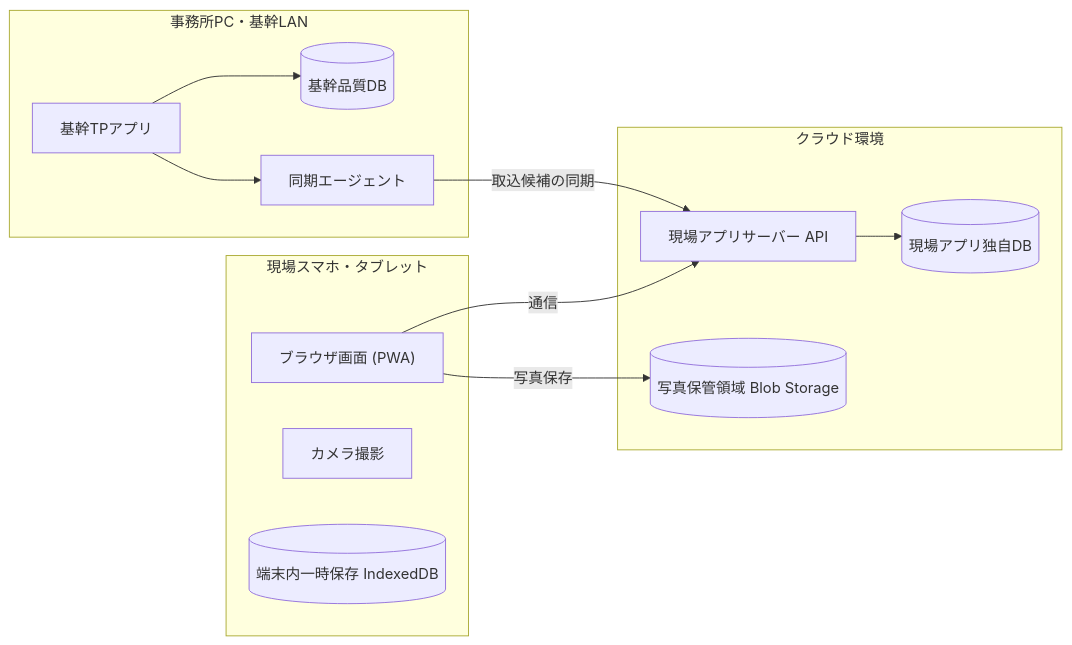
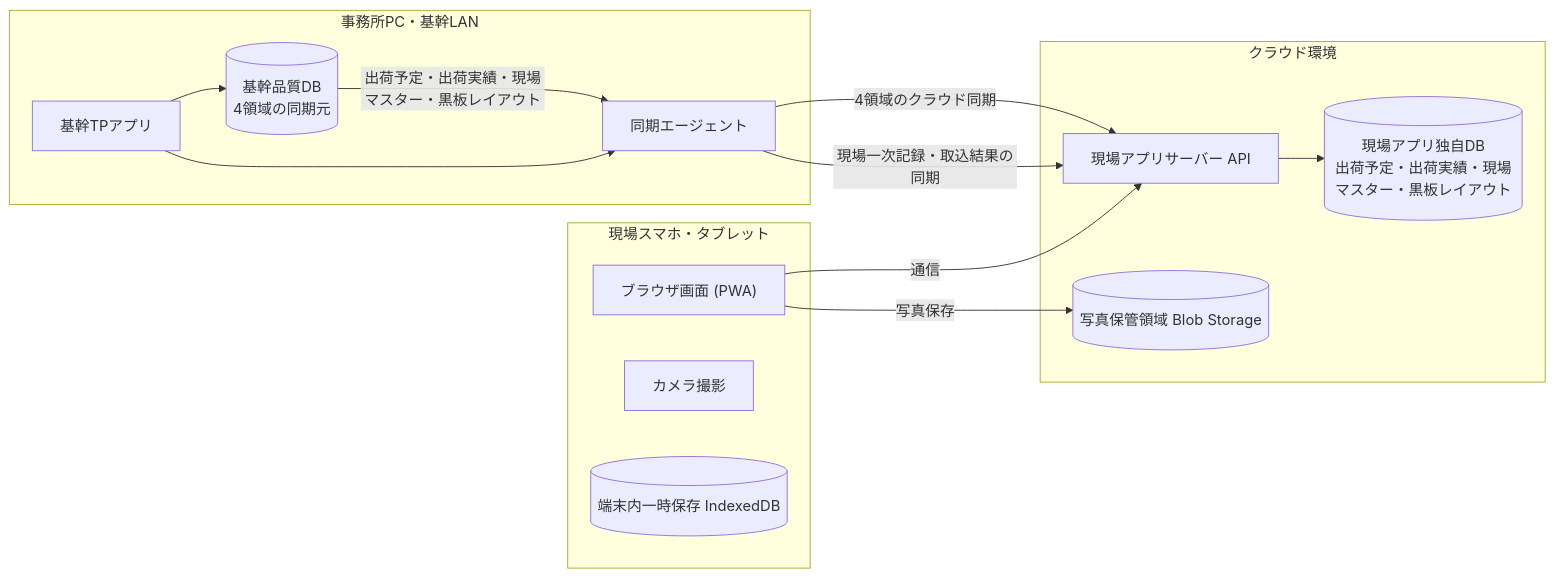
One commit to sakku0039/FieldTester changed the ninth of 11 diagrams in docs/Labonity用現場試験アプリ_設計書_v1.0.md. Above: the diagram before and after it, drawn with Mermaid. The commit also changed other lines of this file, not shown here.

````diff
--- a/docs/Labonity用現場試験アプリ_設計書_v1.0.md
+++ b/docs/Labonity用現場試験アプリ_設計書_v1.0.md
@@ -648,27 +685,29 @@
 ```mermaid
 flowchart LR
     subgraph 現場["現場スマホ・タブレット"]
       browser["ブラウザ画面 (PWA)"]
       camera["カメラ撮影"]
       local_storage[("端末内一時保存 IndexedDB")]
     end
 
     subgraph クラウド環境["クラウド環境"]
       app_server["現場アプリサーバー API"]
-      cloud_db[("現場アプリ独自DB")]
+      cloud_db[("現場アプリ独自DB<br/>出荷予定・出荷実績・現場マスター・黒板レイアウト")]
       blob_storage[("写真保管領域 Blob Storage")]
     end
 
     subgraph 事務所環境["事務所PC・基幹LAN"]
       sync_agent["同期エージェント"]
       tp_app["基幹TPアプリ"]
-      local_db[("基幹品質DB")]
+      local_db[("基幹品質DB<br/>4領域の同期元")]
     end
 
     browser -->|通信| app_server
     browser -->|写真保存| blob_storage
     app_server --> cloud_db
-    sync_agent -->|取込候補の同期| app_server
+    local_db -->|"出荷予定・出荷実績・現場マスター・黒板レイアウト"| sync_agent
+    sync_agent -->|"4領域のクラウド同期"| app_server
+    sync_agent -->|"現場一次記録・取込結果の同期"| app_server
     tp_app --> local_db
     tp_app --> sync_agent
 ```
````
